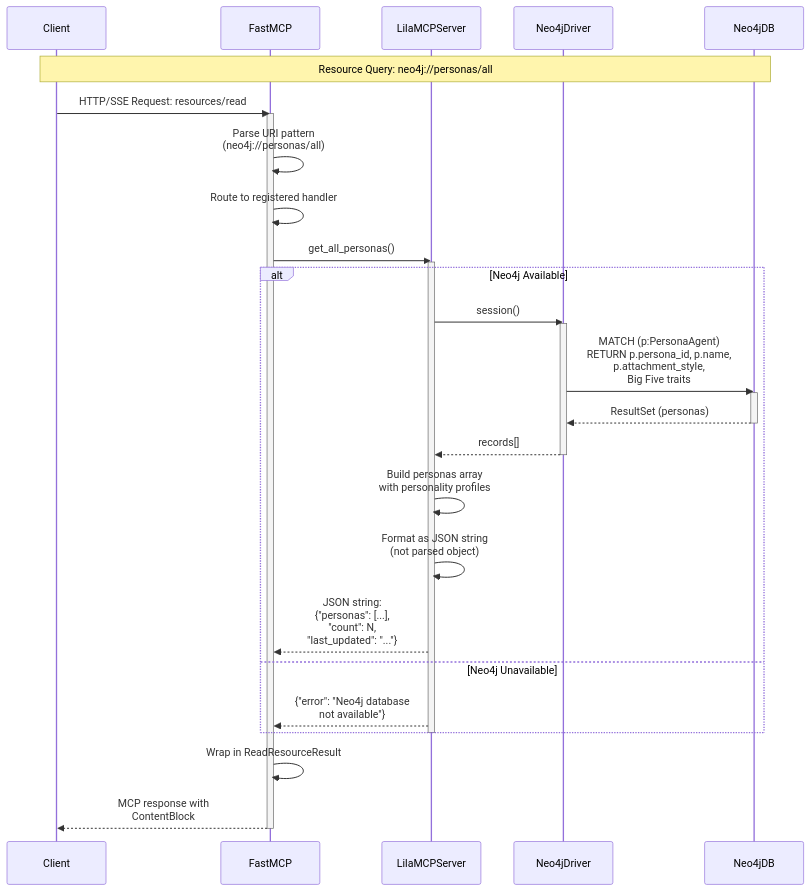
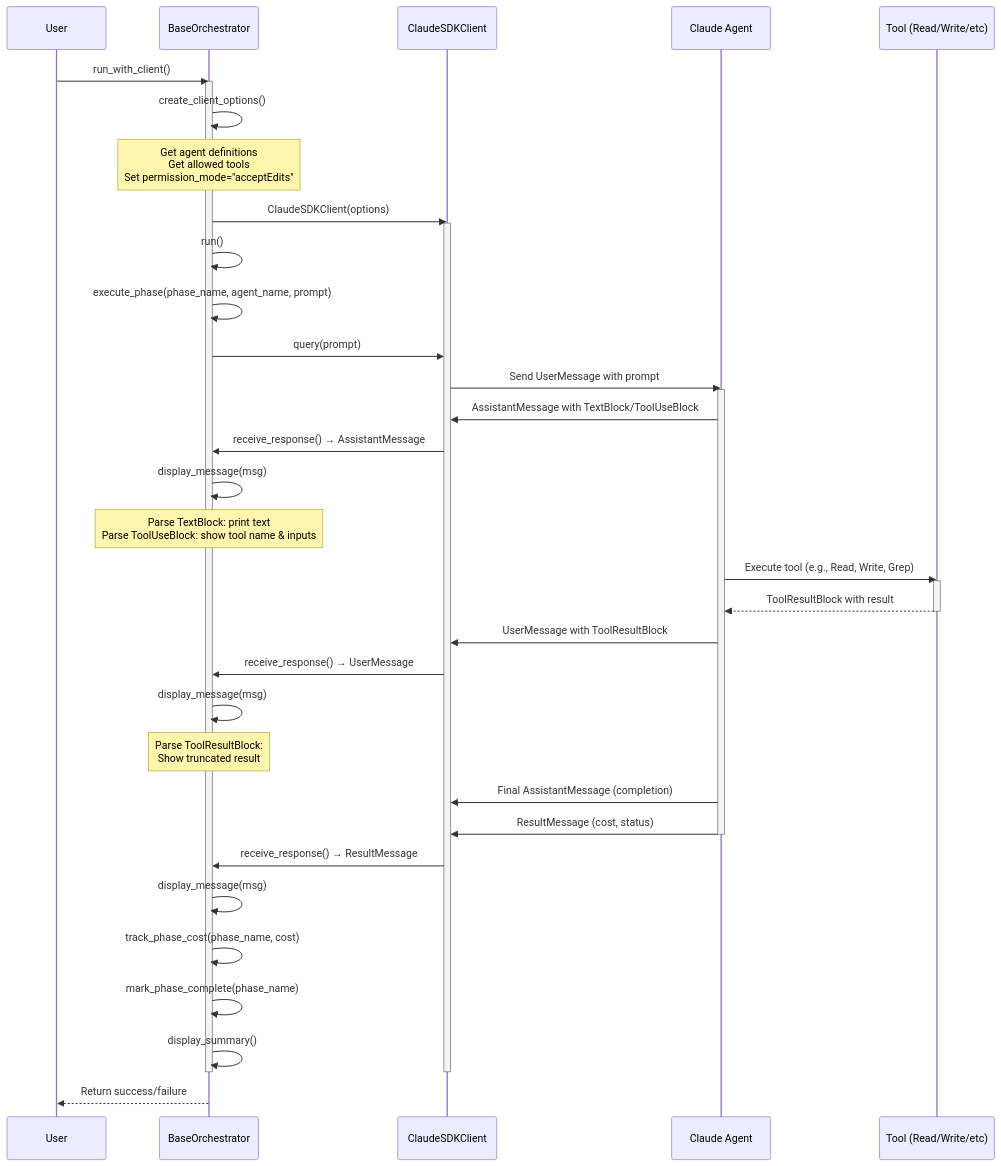
Before and after one commit to lila-graph/lila-mcp: the first of 7 diagrams in repo_analysis/docs/03_data_flows.md, drawn with Mermaid. The commit also changed other lines of this file and 10 other files, not shown here.

````diff
--- a/repo_analysis/docs/03_data_flows.md
+++ b/repo_analysis/docs/03_data_flows.md
@@ -9,46 +11,56 @@
 ```mermaid
 sequenceDiagram
-    participant Client
-    participant FastMCP
-    participant Server as LilaMCPServer
-    participant Neo4jDriver
-    participant Neo4jDB
+    participant User
+    participant Orchestrator as BaseOrchestrator
+    participant Client as ClaudeSDKClient
+    participant Agent as Claude Agent
+    participant Tool as Tool (Read/Write/etc)
 
-    Note over Client,Neo4jDB: Resource Query: neo4j://personas/all
+    User->>Orchestrator: run_with_client()
+    activate Orchestrator
 
-    Client->>FastMCP: HTTP/SSE Request: resources/read
-    activate FastMCP
+    Orchestrator->>Orchestrator: create_client_options()
+    Note over Orchestrator: Get agent definitions<br/>Get allowed tools<br/>Set permission_mode="acceptEdits"
 
-    FastMCP->>FastMCP: Parse URI pattern<br/>(neo4j://personas/all)
-    FastMCP->>FastMCP: Route to registered handler
+    Orchestrator->>Client: ClaudeSDKClient(options)
+    activate Client
 
-    FastMCP->>Server: get_all_personas()
-    activate Server
+    Orchestrator->>Orchestrator: run()
+    Orchestrator->>Orchestrator: execute_phase(phase_name, agent_name, prompt)
 
-    alt Neo4j Available
-        Server->>Neo4jDriver: session()
-        activate Neo4jDriver
+    Orchestrator->>Client: query(prompt)
+    Client->>Agent: Send UserMessage with prompt
+    activate Agent
 
-        Neo4jDriver->>Neo4jDB: MATCH (p:PersonaAgent)<br/>RETURN p.persona_id, p.name,<br/>p.attachment_style,<br/>Big Five traits
-        activate Neo4jDB
-        Neo4jDB-->>Neo4jDriver: ResultSet (personas)
-        deactivate Neo4jDB
+    Agent->>Client: AssistantMessage with TextBlock/ToolUseBlock
+    Client->>Orchestrator: receive_response() → AssistantMessage
 
-        Neo4jDriver-->>Server: records[]
-        deactivate Neo4jDriver
+    Orchestrator->>Orchestrator: display_message(msg)
+    Note over Orchestrator: Parse TextBlock: print text<br/>Parse ToolUseBlock: show tool name & inputs
 
-        Server->>Server: Build personas array<br/>with personality profiles
-        Server->>Server: Format as JSON string<br/>(not parsed object)
+    Agent->>Tool: Execute tool (e.g., Read, Write, Grep)
+    activate Tool
+    Tool-->>Agent: ToolResultBlock with result
+    deactivate Tool
 
-        Server-->>FastMCP: JSON string:<br/>{"personas": [...],<br/> "count": N,<br/> "last_updated": "..."}
+    Agent->>Client: UserMessage with ToolResultBlock
+    Client->>Orchestrator: receive_response() → UserMessage
 
-    else Neo4j Unavailable
-        Server-->>FastMCP: {"error": "Neo4j database<br/>not available"}
-    end
+    Orchestrator->>Orchestrator: display_message(msg)
+    Note over Orchestrator: Parse ToolResultBlock:<br/>Show truncated result
 
-    deactivate Server
+    Agent->>Client: Final AssistantMessage (completion)
+    Agent->>Client: ResultMessage (cost, status)
+    deactivate Agent
 
-    FastMCP->>FastMCP: Wrap in ReadResourceResult
-    FastMCP-->>Client: MCP response with<br/>ContentBlock
-    deactivate FastMCP
+    Client->>Orchestrator: receive_response() → ResultMessage
+    Orchestrator->>Orchestrator: display_message(msg)
+    Orchestrator->>Orchestrator: track_phase_cost(phase_name, cost)
+    Orchestrator->>Orchestrator: mark_phase_complete(phase_name)
+
+    Orchestrator->>Orchestrator: display_summary()
+    deactivate Client
+    deactivate Orchestrator
+
+    Orchestrator-->>User: Return success/failure
 ```
````
